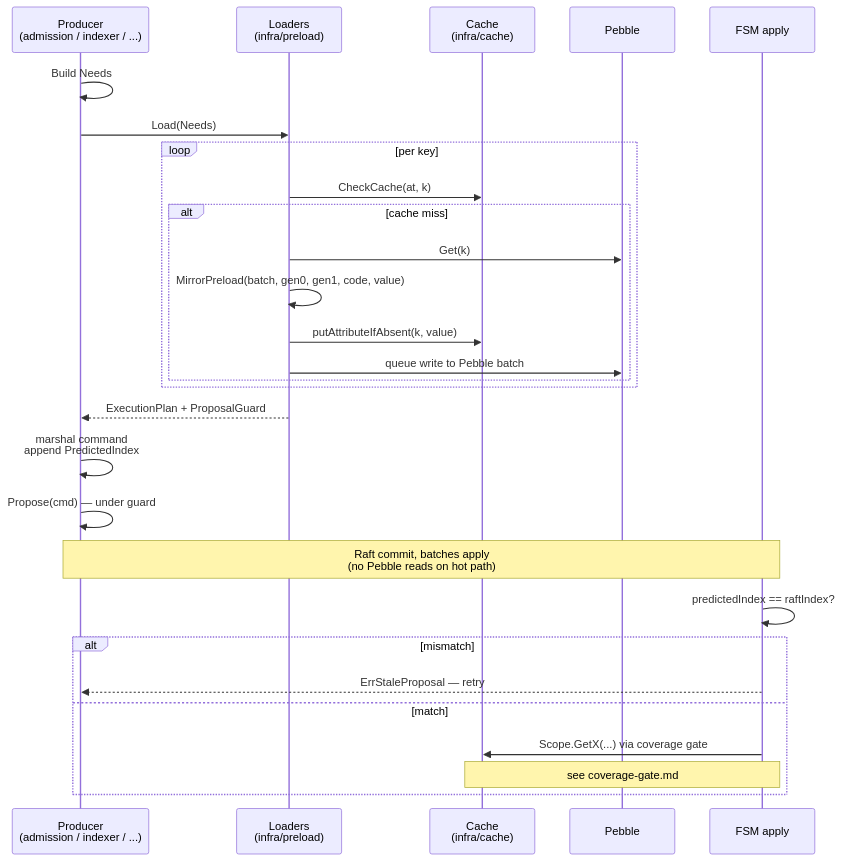
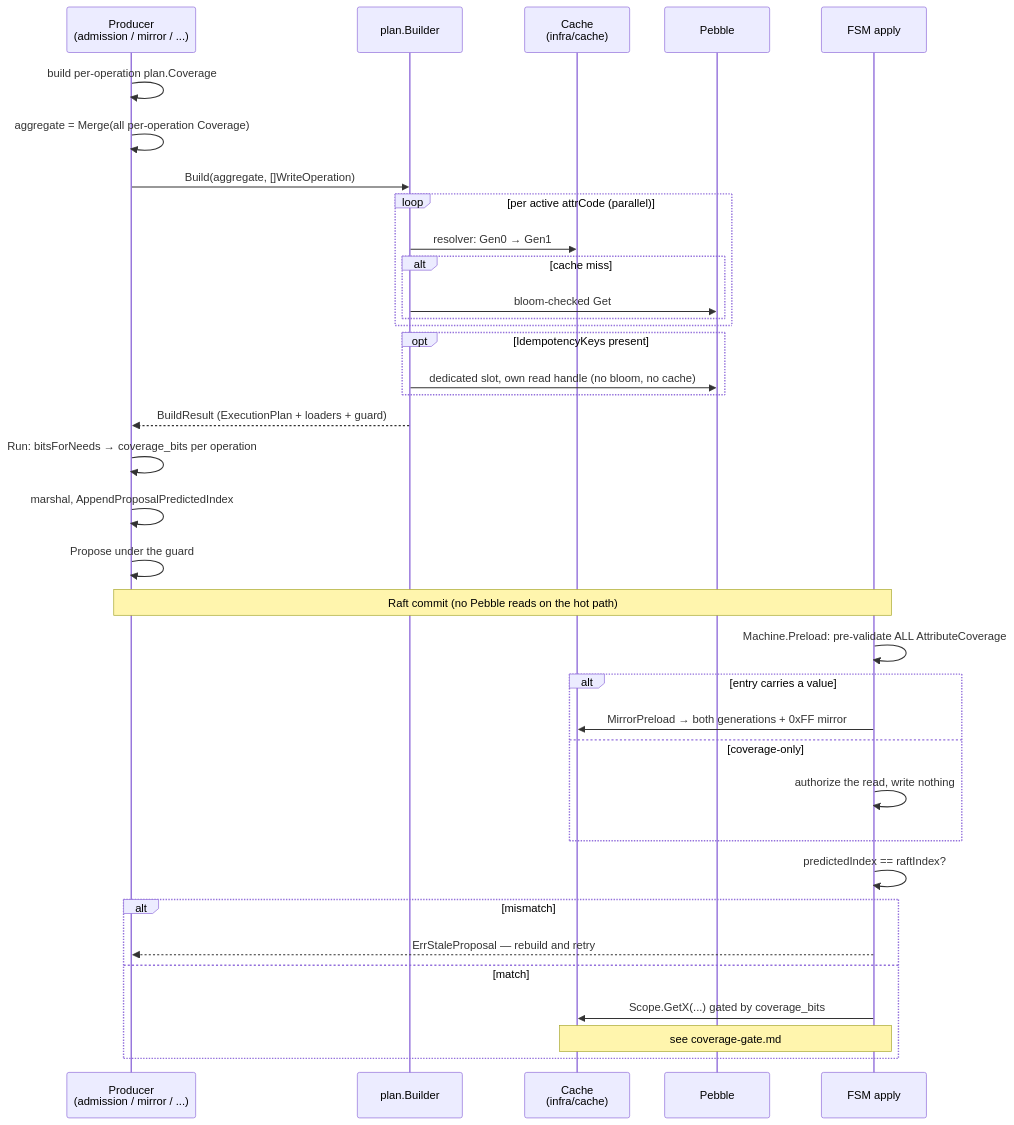
Before and after one commit to formancehq/ledger: the second of 2 diagrams in docs/technical/architecture/subsystems/fsm/preload.md, drawn with Mermaid. The commit also changed other lines of this file, not shown here.

First line of the commit message:
docs(EN-1565): rewrite preload.md around plan.Coverage

````diff
--- a/docs/technical/architecture/subsystems/fsm/preload.md
+++ b/docs/technical/architecture/subsystems/fsm/preload.md
@@ -113,31 +202,39 @@
 ```mermaid
 sequenceDiagram
-    participant P as Producer<br/>(admission / indexer / ...)
-    participant L as Loaders<br/>(infra/preload)
+    participant P as Producer<br/>(admission / mirror / ...)
+    participant B as plan.Builder
     participant C as Cache<br/>(infra/cache)
     participant Peb as Pebble
     participant FSM as FSM apply
 
-    P->>P: Build Needs
-    P->>L: Load(Needs)
-    loop per key
-        L->>C: CheckCache(at, k)
+    P->>P: build per-operation plan.Coverage
+    P->>P: aggregate = Merge(all per-operation Coverage)
+    P->>B: Build(aggregate, []WriteOperation)
+    loop per active attrCode (parallel)
+        B->>C: resolver: Gen0 → Gen1
         alt cache miss
-            L->>Peb: Get(k)
-            L->>L: MirrorPreload(batch, gen0, gen1, code, value)
-            L->>C: putAttributeIfAbsent(k, value)
-            L->>Peb: queue write to Pebble batch
+            B->>Peb: bloom-checked Get
         end
     end
-    L-->>P: ExecutionPlan + ProposalGuard
-    P->>P: marshal command<br/>append PredictedIndex
-    P->>P: Propose(cmd) — under guard
-    Note over P,FSM: Raft commit, batches apply<br/>(no Pebble reads on hot path)
+    opt IdempotencyKeys present
+        B->>Peb: dedicated slot, own read handle (no bloom, no cache)
+    end
+    B-->>P: BuildResult (ExecutionPlan + loaders + guard)
+    P->>P: Run: bitsForNeeds → coverage_bits per operation
+    P->>P: marshal, AppendProposalPredictedIndex
+    P->>P: Propose under the guard
+    Note over P,FSM: Raft commit (no Pebble reads on the hot path)
+    FSM->>FSM: Machine.Preload: pre-validate ALL AttributeCoverage
+    alt entry carries a value
+        FSM->>C: MirrorPreload → both generations + 0xFF mirror
+    else coverage-only
+        FSM->>FSM: authorize the read, write nothing
+    end
     FSM->>FSM: predictedIndex == raftIndex?
     alt mismatch
-        FSM-->>P: ErrStaleProposal — retry
+        FSM-->>P: ErrStaleProposal — rebuild and retry
     else match
-        FSM->>C: Scope.GetX(...) via coverage gate
+        FSM->>C: Scope.GetX(...) gated by coverage_bits
         Note over FSM,C: see coverage-gate.md
     end
 ```
````
